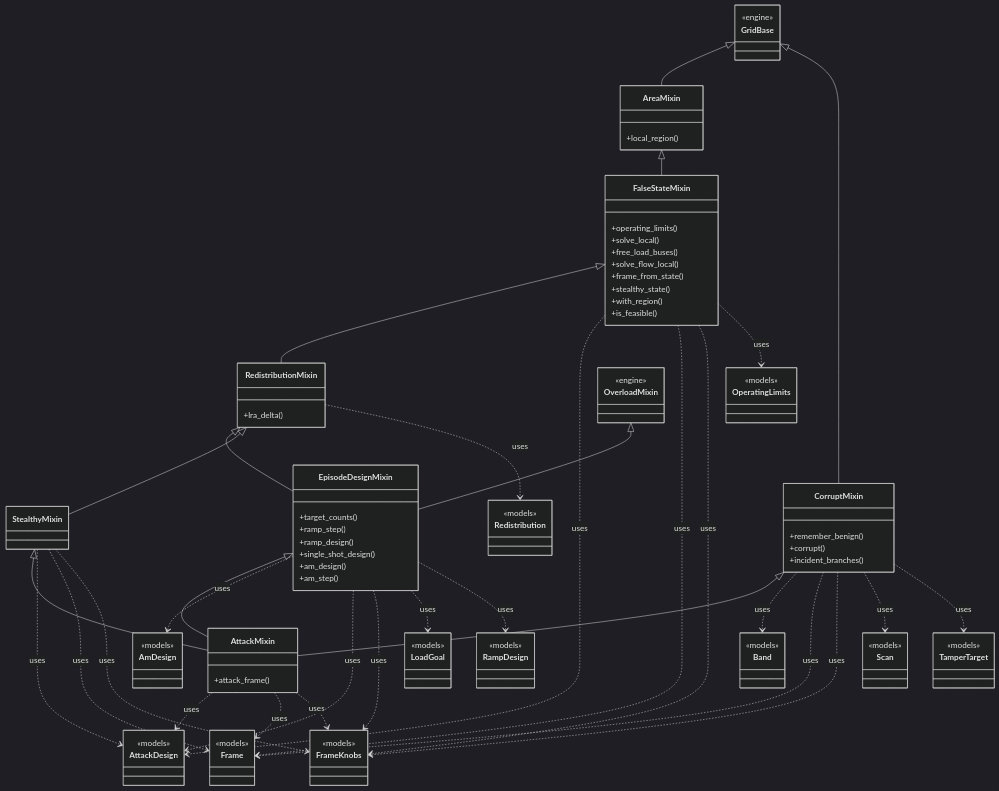
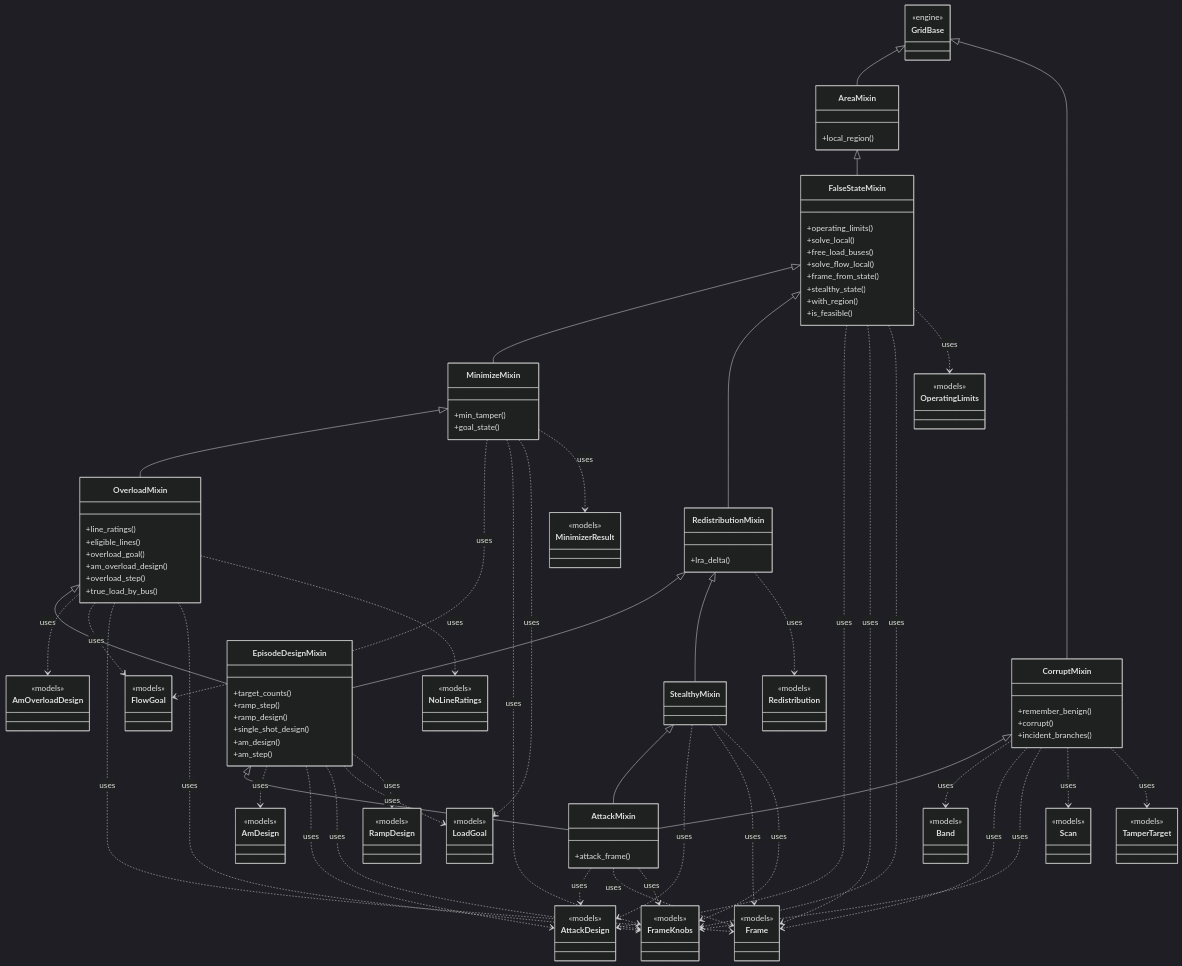
Before and after one commit to myersben9/fdia-graph: the diagram in docs/figures/diagrams/classes_attacks.mmd, drawn with Mermaid (dark theme). The commit also changed 5 other files, not shown here.

Commit message:
The deprecated stream keeps its recipe; the attack diagram shows the search and the overload mixins

```diff
--- a/docs/figures/diagrams/classes_attacks.mmd
+++ b/docs/figures/diagrams/classes_attacks.mmd
@@ -1,105 +1,137 @@
 classDiagram
     class AreaMixin {
         +local_region()
     }
     class FalseStateMixin {
         +operating_limits()
         +solve_local()
         +free_load_buses()
         +solve_flow_local()
         +frame_from_state()
         +stealthy_state()
         +with_region()
         +is_feasible()
+    }
+    class MinimizeMixin {
+        +min_tamper()
+        +goal_state()
+    }
+    class OverloadMixin {
+        +line_ratings()
+        +eligible_lines()
+        +overload_goal()
+        +am_overload_design()
+        +overload_step()
+        +true_load_by_bus()
     }
     class RedistributionMixin {
         +lra_delta()
     }
     class StealthyMixin {
     }
     class EpisodeDesignMixin {
         +target_counts()
         +ramp_step()
         +ramp_design()
         +single_shot_design()
         +am_design()
         +am_step()
     }
     class CorruptMixin {
         +remember_benign()
         +corrupt()
         +incident_branches()
     }
     class AttackMixin {
         +attack_frame()
     }
     class AmDesign {
         <<models>>
     }
+    class AmOverloadDesign {
+        <<models>>
+    }
     class AttackDesign {
         <<models>>
     }
     class Band {
+        <<models>>
+    }
+    class FlowGoal {
         <<models>>
     }
     class Frame {
         <<models>>
     }
     class FrameKnobs {
         <<models>>
     }
     class GridBase {
         <<engine>>
     }
     class LoadGoal {
         <<models>>
     }
+    class MinimizerResult {
+        <<models>>
+    }
+    class NoLineRatings {
+        <<models>>
+    }
     class OperatingLimits {
         <<models>>
-    }
-    class OverloadMixin {
-        <<engine>>
     }
     class RampDesign {
         <<models>>
     }
     class Redistribution {
         <<models>>
     }
     class Scan {
         <<models>>
     }
     class TamperTarget {
         <<models>>
     }
     AreaMixin <|-- FalseStateMixin
     CorruptMixin <|-- AttackMixin
     EpisodeDesignMixin <|-- AttackMixin
+    FalseStateMixin <|-- MinimizeMixin
     FalseStateMixin <|-- RedistributionMixin
     GridBase <|-- AreaMixin
     GridBase <|-- CorruptMixin
+    MinimizeMixin <|-- OverloadMixin
     OverloadMixin <|-- EpisodeDesignMixin
     RedistributionMixin <|-- EpisodeDesignMixin
     RedistributionMixin <|-- StealthyMixin
     StealthyMixin <|-- AttackMixin
     AttackMixin ..> AttackDesign : uses
     AttackMixin ..> Frame : uses
     AttackMixin ..> FrameKnobs : uses
     CorruptMixin ..> Band : uses
     CorruptMixin ..> Frame : uses
     CorruptMixin ..> FrameKnobs : uses
     CorruptMixin ..> Scan : uses
     CorruptMixin ..> TamperTarget : uses
     EpisodeDesignMixin ..> AmDesign : uses
     EpisodeDesignMixin ..> AttackDesign : uses
     EpisodeDesignMixin ..> FrameKnobs : uses
     EpisodeDesignMixin ..> LoadGoal : uses
     EpisodeDesignMixin ..> RampDesign : uses
     FalseStateMixin ..> AttackDesign : uses
     FalseStateMixin ..> Frame : uses
     FalseStateMixin ..> FrameKnobs : uses
     FalseStateMixin ..> OperatingLimits : uses
+    MinimizeMixin ..> FlowGoal : uses
+    MinimizeMixin ..> FrameKnobs : uses
+    MinimizeMixin ..> LoadGoal : uses
+    MinimizeMixin ..> MinimizerResult : uses
+    OverloadMixin ..> AmOverloadDesign : uses
+    OverloadMixin ..> FlowGoal : uses
+    OverloadMixin ..> Frame : uses
+    OverloadMixin ..> FrameKnobs : uses
+    OverloadMixin ..> NoLineRatings : uses
     RedistributionMixin ..> Redistribution : uses
     StealthyMixin ..> AttackDesign : uses
     StealthyMixin ..> Frame : uses
     StealthyMixin ..> FrameKnobs : uses
```
